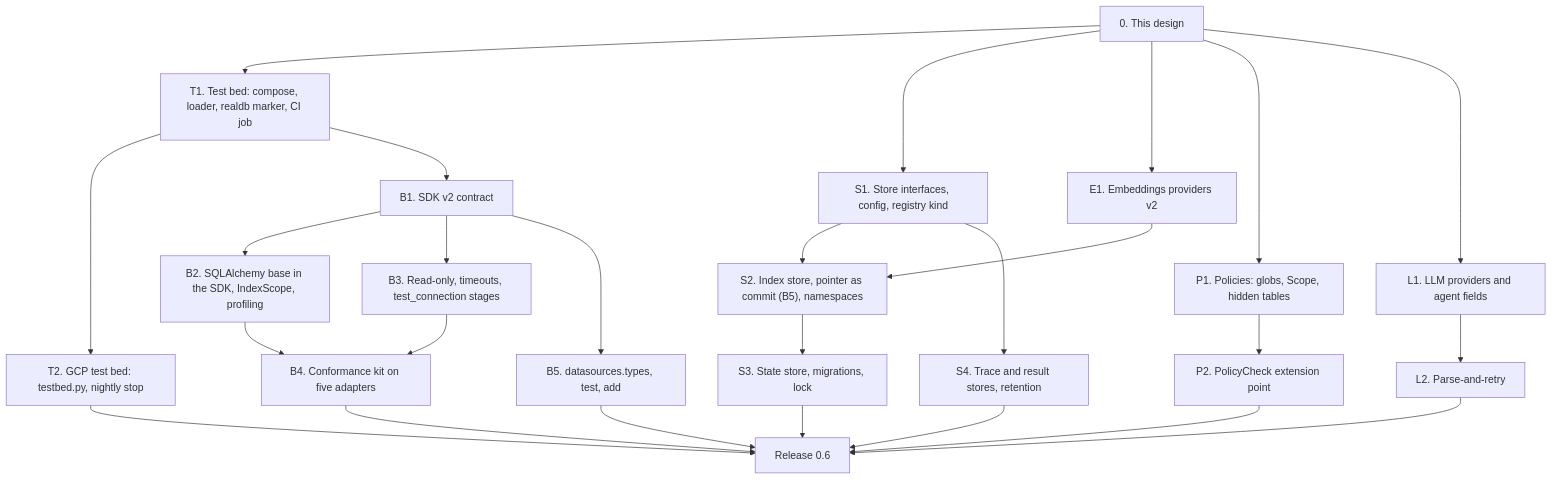
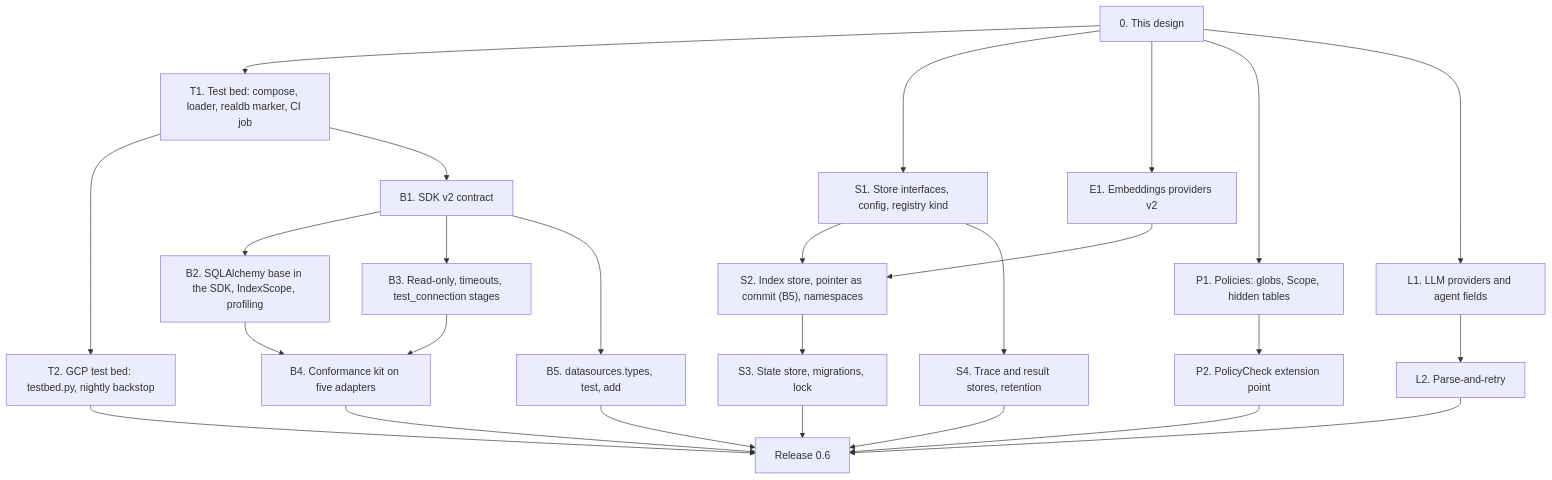
The third of 3 diagrams in docs/architecture/phase2.md (nadeem4/nl2sql), drawn with Mermaid before and after one commit. The commit also changed other lines of this file, not shown here.

First line of the commit message:
docs(architecture): phase 2 GCP test bed deleted when idle, recreated per session

````diff
--- a/docs/architecture/phase2.md
+++ b/docs/architecture/phase2.md
@@ -1182,28 +1202,28 @@
 ```mermaid
 flowchart TD
   D["0. This design"] --> T1["T1. Test bed: compose, loader, realdb marker, CI job"]
   D --> S1["S1. Store interfaces, config, registry kind"]
   D --> E1["E1. Embeddings providers v2"]
   D --> P1["P1. Policies: globs, Scope, hidden tables"]
-  T1 --> T2["T2. GCP test bed: testbed.py, nightly stop"]
+  T1 --> T2["T2. GCP test bed: testbed.py, nightly backstop"]
   S1 --> S2["S2. Index store, pointer as commit (B5), namespaces"]
   E1 --> S2
   D --> L1["L1. LLM providers and agent fields"]
   P1 --> P2["P2. PolicyCheck extension point"]
   S2 --> S3["S3. State store, migrations, lock"]
   S1 --> S4["S4. Trace and result stores, retention"]
   L1 --> L2["L2. Parse-and-retry"]
   T1 --> B1["B1. SDK v2 contract"]
   B1 --> B2["B2. SQLAlchemy base in the SDK, IndexScope, profiling"]
   B1 --> B3["B3. Read-only, timeouts, test_connection stages"]
   B1 --> B5["B5. datasources.types, test, add"]
   B2 --> B4["B4. Conformance kit on five adapters"]
   B3 --> B4
   B4 --> R["Release 0.6"]
   S3 --> R
   S4 --> R
   L2 --> R
   P2 --> R
   T2 --> R
   B5 --> R
 ```
````
